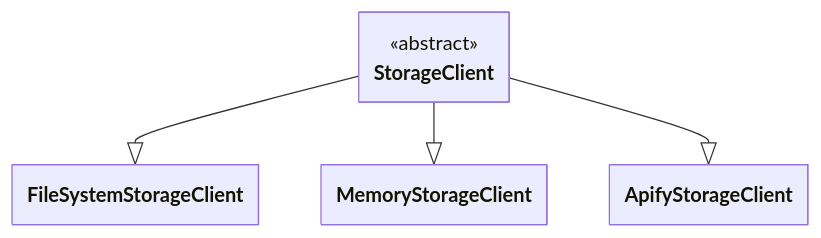
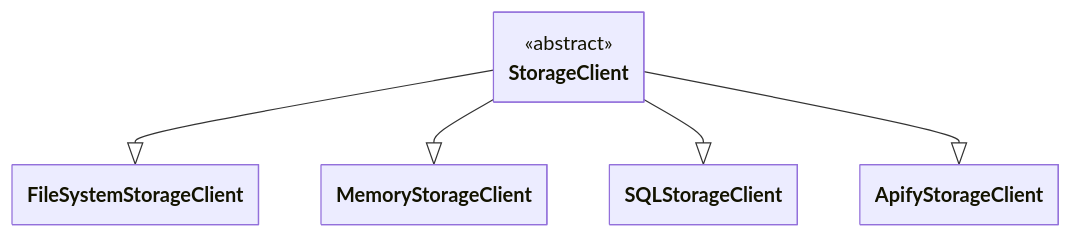
One commit to apify/crawlee-python changed the diagram in docs/guides/storage_clients.mdx. Above: the diagram before and after it, drawn with Mermaid. The commit also changed other lines of this file and 2 other files, not shown here.

````diff
--- a/docs/guides/storage_clients.mdx
+++ b/docs/guides/storage_clients.mdx
@@ -28,35 +30,38 @@
 ```mermaid
 ---
 config:
     class:
         hideEmptyMembersBox: true
 ---
 
 classDiagram
 
 %% ========================
 %% Abstract classes
 %% ========================
 
 class StorageClient {
     <<abstract>>
 }
 
 %% ========================
 %% Specific classes
 %% ========================
 
 class FileSystemStorageClient
 
 class MemoryStorageClient
 
+class SQLStorageClient
+
 class ApifyStorageClient
 
 %% ========================
 %% Inheritance arrows
 %% ========================
 
 StorageClient --|> FileSystemStorageClient
 StorageClient --|> MemoryStorageClient
+StorageClient --|> SQLStorageClient
 StorageClient --|> ApifyStorageClient
 ```
````
